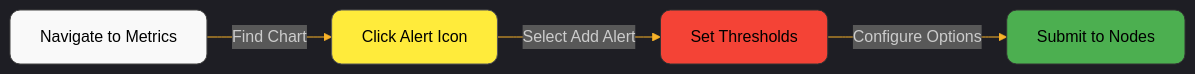
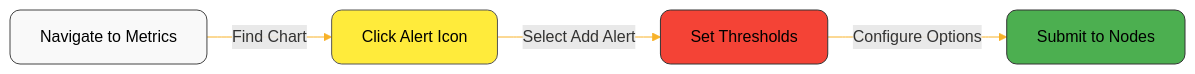
Before and after one commit to netdata/netdata: the diagram in docs/alerts-and-notifications/creating-alerts-with-netdata-alerts-configuration-manager.md, drawn with Mermaid. The commit also changed 1 other file, not shown here.

Commit message:
mermaid labels improvements

````diff
--- a/docs/alerts-and-notifications/creating-alerts-with-netdata-alerts-configuration-manager.md
+++ b/docs/alerts-and-notifications/creating-alerts-with-netdata-alerts-configuration-manager.md
@@ -13,12 +13,21 @@
 ```mermaid
-%%{init: {'theme': 'dark', 'themeVariables': { 'primaryColor': '#2b2b2b', 'primaryTextColor': '#fff', 'primaryBorderColor': '#7C0000', 'lineColor': '#F8B229', 'secondaryColor': '#006100', 'tertiaryColor': '#333'}}}%%
+%%{init: {'theme': 'default', 'themeVariables': { 
+  'primaryColor': '#2b2b2b',
+  'primaryTextColor': '#fff', 
+  'primaryBorderColor': '#7C0000',
+  'lineColor': '#F8B229',
+  'secondaryColor': '#006100',
+  'tertiaryColor': '#333',
+  'fontFamily': 'arial',
+  'fontSize': '16px'
+}}}%%
 flowchart LR
     A[Navigate to Metrics] -->|Find Chart| B[Click Alert Icon]
     B -->|Select Add Alert| C[Set Thresholds]
     C -->|Configure Options| D[Submit to Nodes]
         
     style A fill:#f9f9f9,stroke:#444,color:#000,stroke-width:1px,rx:10,ry:10
     style B fill:#ffeb3b,stroke:#555,color:#000,stroke-width:1px,rx:10,ry:10
     style C fill:#f44336,stroke:#333,color:#000,stroke-width:1px,rx:10,ry:10
     style D fill:#4caf50,stroke:#333,color:#000,stroke-width:1px,rx:10,ry:10
 ```
````
